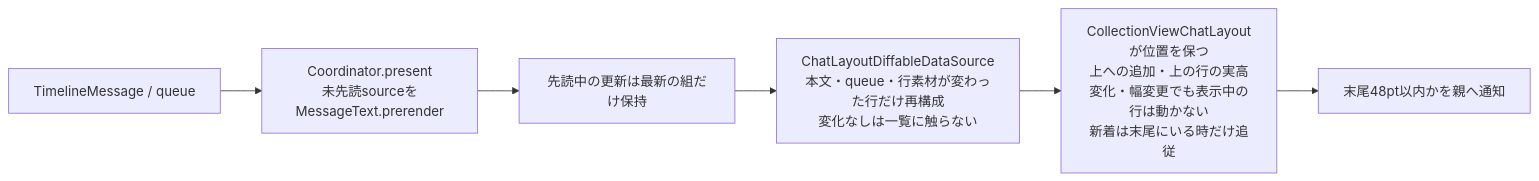
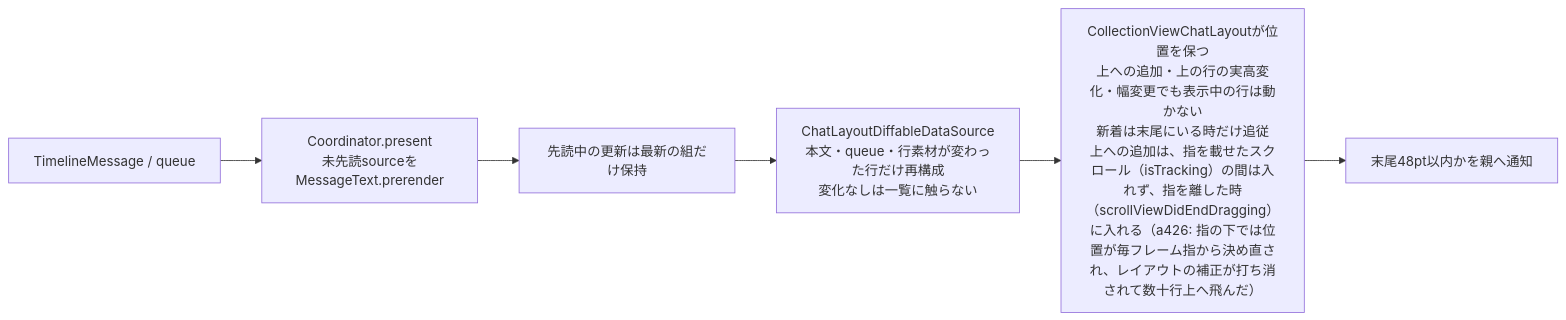
Before and after one commit to kitepon/BellTeam: the second of 9 diagrams in docs/architecture/modules/apple/conversation.md, drawn with Mermaid. The commit also changed 4 other files, not shown here.

````diff
--- a/docs/architecture/modules/apple/conversation.md
+++ b/docs/architecture/modules/apple/conversation.md
@@ -54,8 +54,8 @@
 ```mermaid
 flowchart LR
   Model["TimelineMessage / queue"] --> Prepare["Coordinator.present<br/>未先読sourceをMessageText.prerender"]
   Prepare --> Latest["先読中の更新は最新の組だけ保持"]
   Latest --> Apply["ChatLayoutDiffableDataSource<br/>本文・queue・行素材が変わった行だけ再構成<br/>変化なしは一覧に触らない"]
-  Apply --> Position["CollectionViewChatLayoutが位置を保つ<br/>上への追加・上の行の実高変化・幅変更でも表示中の行は動かない<br/>新着は末尾にいる時だけ追従"]
+  Apply --> Position["CollectionViewChatLayoutが位置を保つ<br/>上への追加・上の行の実高変化・幅変更でも表示中の行は動かない<br/>新着は末尾にいる時だけ追従<br/>上への追加は、指を載せたスクロール（isTracking）の間は入れず、指を離した時（scrollViewDidEndDragging）に入れる（a426: 指の下では位置が毎フレーム指から決め直され、レイアウトの補正が打ち消されて数十行上へ飛んだ）"]
   Position --> Callback["末尾48pt以内かを親へ通知"]
 ```
````
